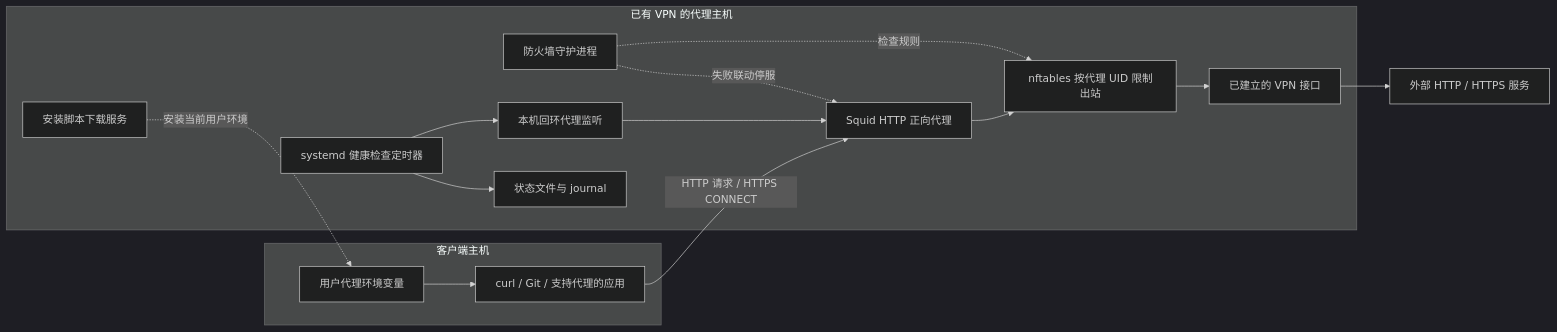
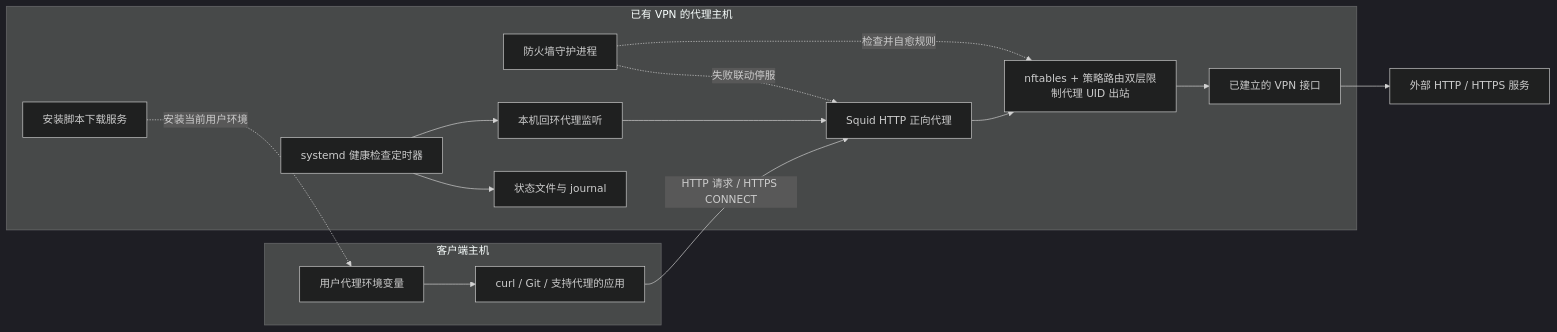
One commit to weixin1263831586/vpn-proxy changed the diagram in README.md. Above: the diagram before and after it, drawn with Mermaid (dark theme). The commit also changed other lines of this file and 14 other files, not shown here.

````diff
--- a/README.md
+++ b/README.md
@@ -9,26 +9,26 @@
 ```mermaid
 flowchart LR
     subgraph Client[客户端主机]
         Env[用户代理环境变量]
         App[curl / Git / 支持代理的应用]
         Env --> App
     end
     subgraph Host[已有 VPN 的代理主机]
         Download[安装脚本下载服务]
         Squid[Squid HTTP 正向代理]
-        Guard[nftables 按代理 UID 限制出站]
+        Guard[nftables + 策略路由双层限制代理 UID 出站]
         Watch[防火墙守护进程]
         VPN[已建立的 VPN 接口]
         Timer[systemd 健康检查定时器]
         Health[本机回环代理监听]
         State[状态文件与 journal]
         Download -. 安装当前用户环境 .-> Env
         Squid --> Guard --> VPN
-        Watch -. 检查规则 .-> Guard
+        Watch -. 检查并自愈规则 .-> Guard
         Watch -. 失败联动停服 .-> Squid
         Timer --> Health --> Squid
         Timer --> State
     end
     App -->|HTTP 请求 / HTTPS CONNECT| Squid
     VPN --> Internet[外部 HTTP / HTTPS 服务]
 ```
````
